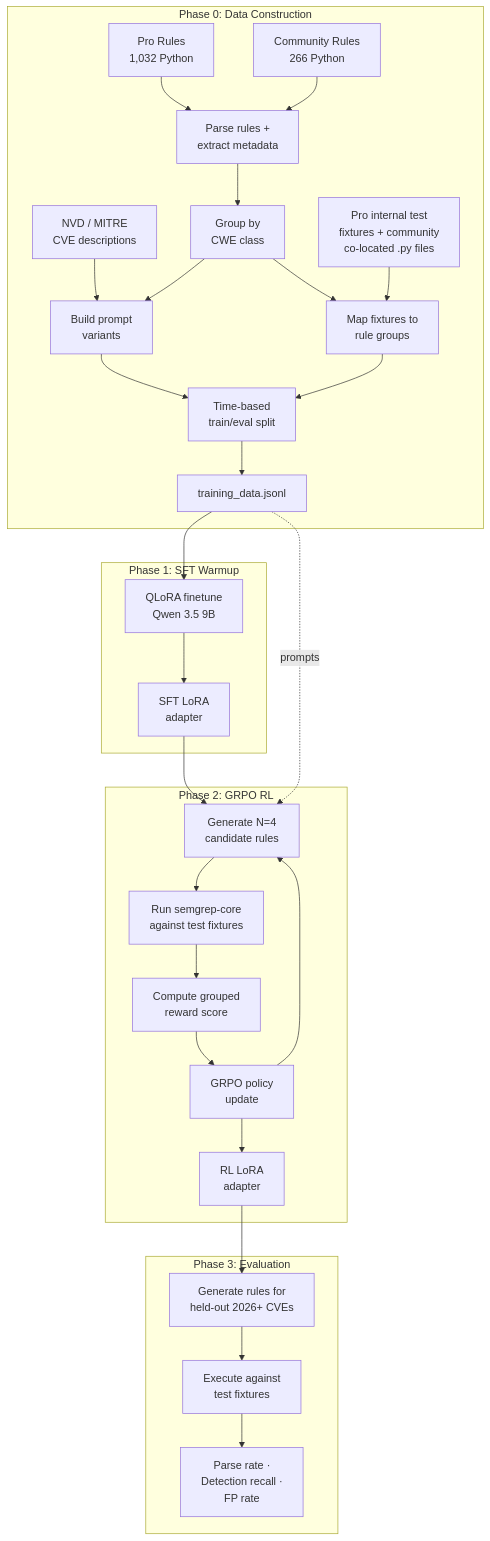
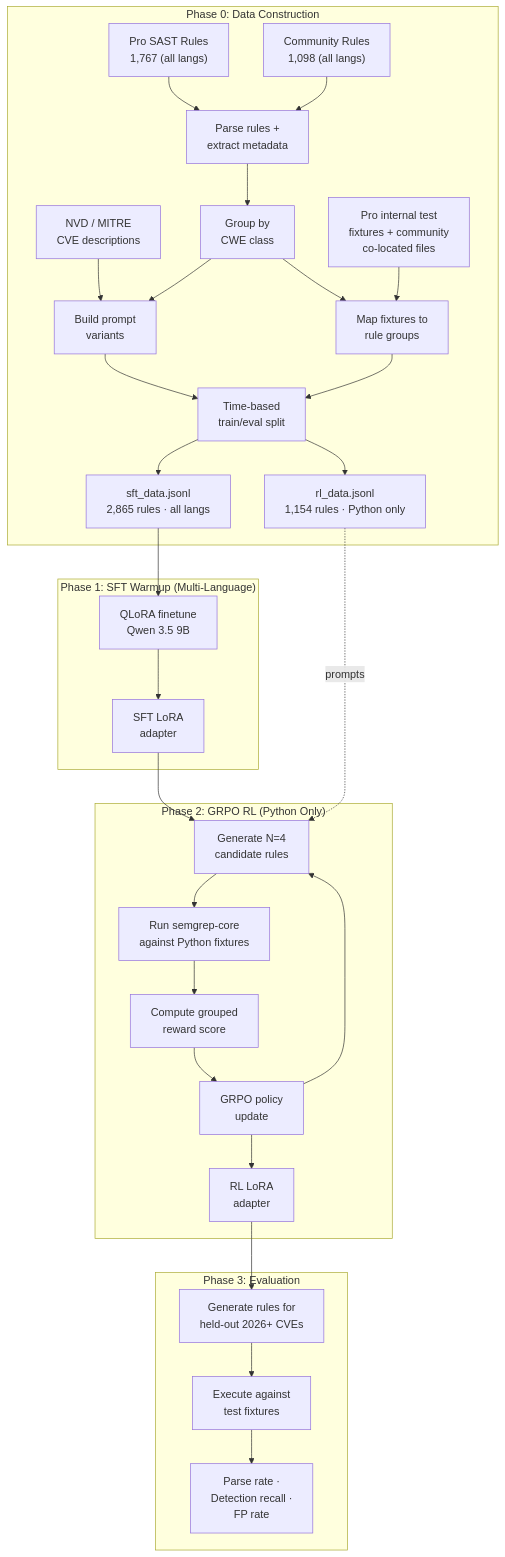
One commit to jomcgi/homelab changed the first of 2 diagrams in docs/decisions/security/002-semgrep-rule-generation-rl.md. Above: the diagram before and after it, drawn with Mermaid. The commit also changed other lines of this file and 1 other file, not shown here.

First line of the commit message:
docs(security): update corpus numbers from authenticated API and add multi-language SFT strategy

````diff
--- a/docs/decisions/security/002-semgrep-rule-generation-rl.md
+++ b/docs/decisions/security/002-semgrep-rule-generation-rl.md
@@ -60,36 +60,37 @@
 ```mermaid
 graph TD
     subgraph "Phase 0: Data Construction"
-        PRO["Pro Rules<br/>1,032 Python"] --> PARSE["Parse rules +<br/>extract metadata"]
-        COMM["Community Rules<br/>266 Python"] --> PARSE
+        PRO["Pro SAST Rules<br/>1,767 (all langs)"] --> PARSE["Parse rules +<br/>extract metadata"]
+        COMM["Community Rules<br/>1,098 (all langs)"] --> PARSE
         NVD["NVD / MITRE<br/>CVE descriptions"] --> PROMPTS["Build prompt<br/>variants"]
         PARSE --> GROUP["Group by<br/>CWE class"]
         GROUP --> PROMPTS
-        TESTS["Pro internal test<br/>fixtures + community<br/>co-located .py files"] --> FIXTURES["Map fixtures to<br/>rule groups"]
+        TESTS["Pro internal test<br/>fixtures + community<br/>co-located files"] --> FIXTURES["Map fixtures to<br/>rule groups"]
         GROUP --> FIXTURES
         PROMPTS --> SPLIT["Time-based<br/>train/eval split"]
         FIXTURES --> SPLIT
-        SPLIT --> DATA["training_data.jsonl"]
+        SPLIT --> SFT_DATA["sft_data.jsonl<br/>2,865 rules · all langs"]
+        SPLIT --> RL_DATA["rl_data.jsonl<br/>1,154 rules · Python only"]
     end
 
-    subgraph "Phase 1: SFT Warmup"
-        DATA --> SFT["QLoRA finetune<br/>Qwen 3.5 9B"]
+    subgraph "Phase 1: SFT Warmup (Multi-Language)"
+        SFT_DATA --> SFT["QLoRA finetune<br/>Qwen 3.5 9B"]
         SFT --> ADAPTER1["SFT LoRA<br/>adapter"]
     end
 
-    subgraph "Phase 2: GRPO RL"
+    subgraph "Phase 2: GRPO RL (Python Only)"
         ADAPTER1 --> GEN["Generate N=4<br/>candidate rules"]
-        DATA -.->|prompts| GEN
-        GEN --> EXEC["Run semgrep-core<br/>against test fixtures"]
+        RL_DATA -.->|prompts| GEN
+        GEN --> EXEC["Run semgrep-core<br/>against Python fixtures"]
         EXEC --> REWARD["Compute grouped<br/>reward score"]
         REWARD --> UPDATE["GRPO policy<br/>update"]
         UPDATE --> GEN
         UPDATE --> ADAPTER2["RL LoRA<br/>adapter"]
     end
 
     subgraph "Phase 3: Evaluation"
         ADAPTER2 --> EVAL["Generate rules for<br/>held-out 2026+ CVEs"]
         EVAL --> VERIFY["Execute against<br/>test fixtures"]
         VERIFY --> METRICS["Parse rate ·<br/>Detection recall ·<br/>FP rate"]
     end
 ```
````
